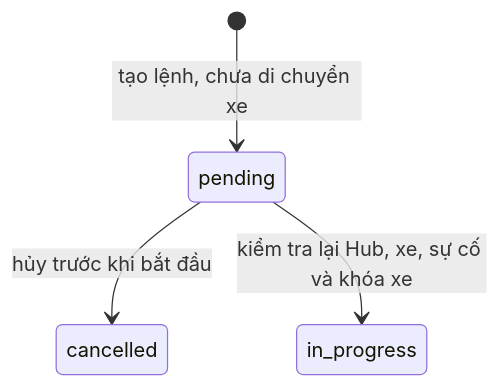
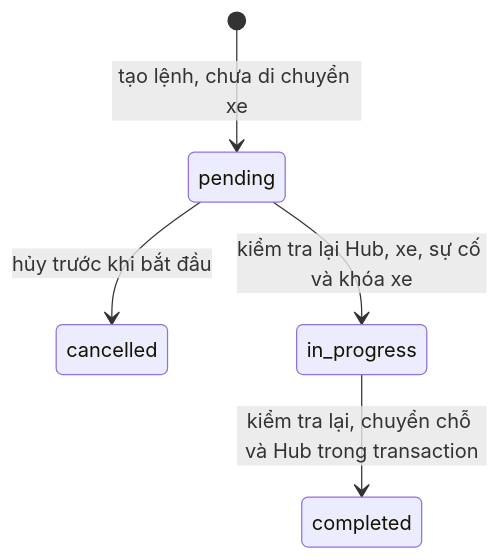
One commit to tonnytran2511/BTL_CNPM changed the ninth of 12 diagrams in docs/architecture.md. Above: the diagram before and after it, drawn with Mermaid. The commit also changed other lines of this file and 18 other files, not shown here.

````diff
--- a/docs/architecture.md
+++ b/docs/architecture.md
@@ -258,6 +258,7 @@
 ```mermaid
 stateDiagram-v2
   [*] --> pending: tạo lệnh, chưa di chuyển xe
   pending --> cancelled: hủy trước khi bắt đầu
   pending --> in_progress: kiểm tra lại Hub, xe, sự cố và khóa xe
+  in_progress --> completed: kiểm tra lại, chuyển chỗ và Hub trong transaction
 ```
````
